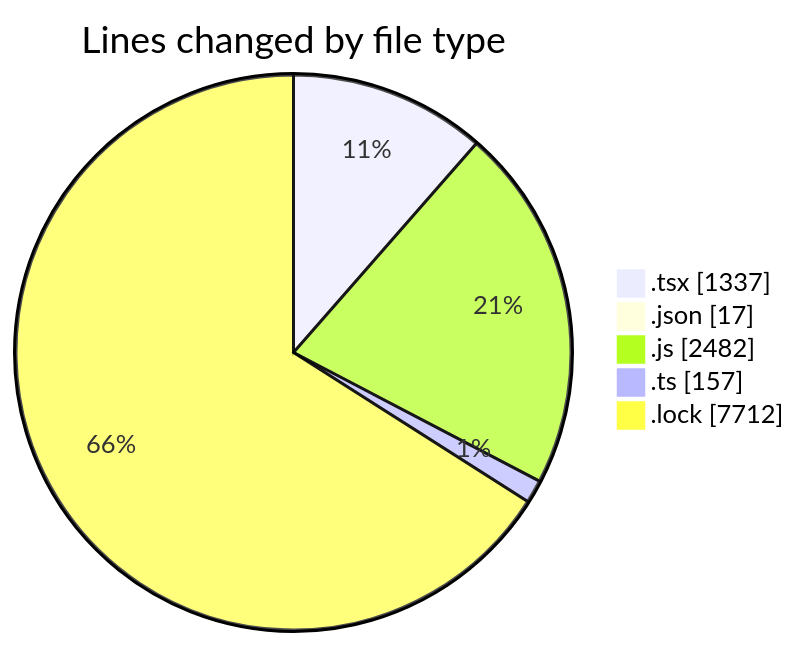
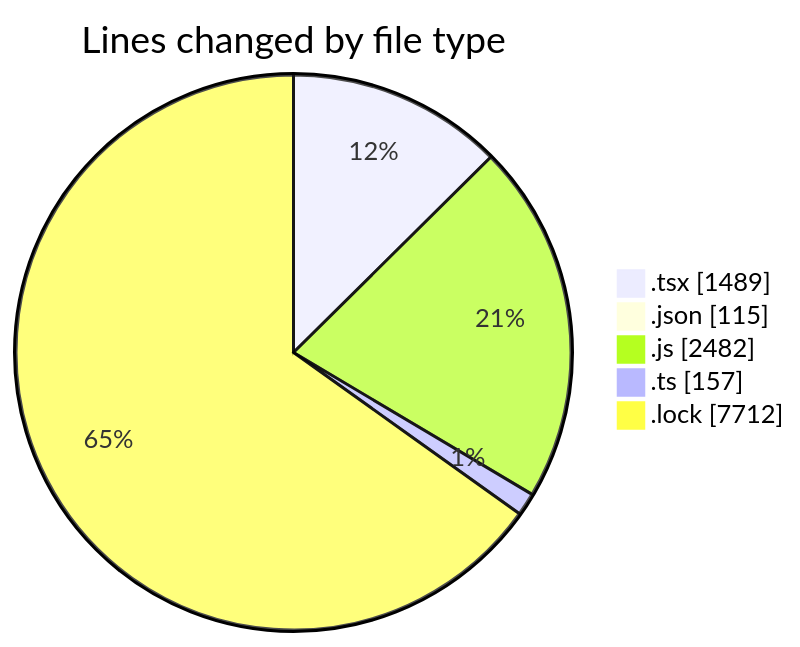
The first of 2 diagrams in 2025-04-28/cda/README.md (momahboobian/code-tracking), drawn with Mermaid before and after one commit. The commit also changed other lines of this file and 1 other file, not shown here.

````diff
--- a/2025-04-28/cda/README.md
+++ b/2025-04-28/cda/README.md
@@ -30,9 +32,9 @@
 ```mermaid
 pie showData
 title Lines changed by file type
-".tsx" : 1337
-".json" : 17
+".tsx" : 1489
+".json" : 115
 ".js" : 2482
 ".ts" : 157
 ".lock" : 7712
 ```
````
